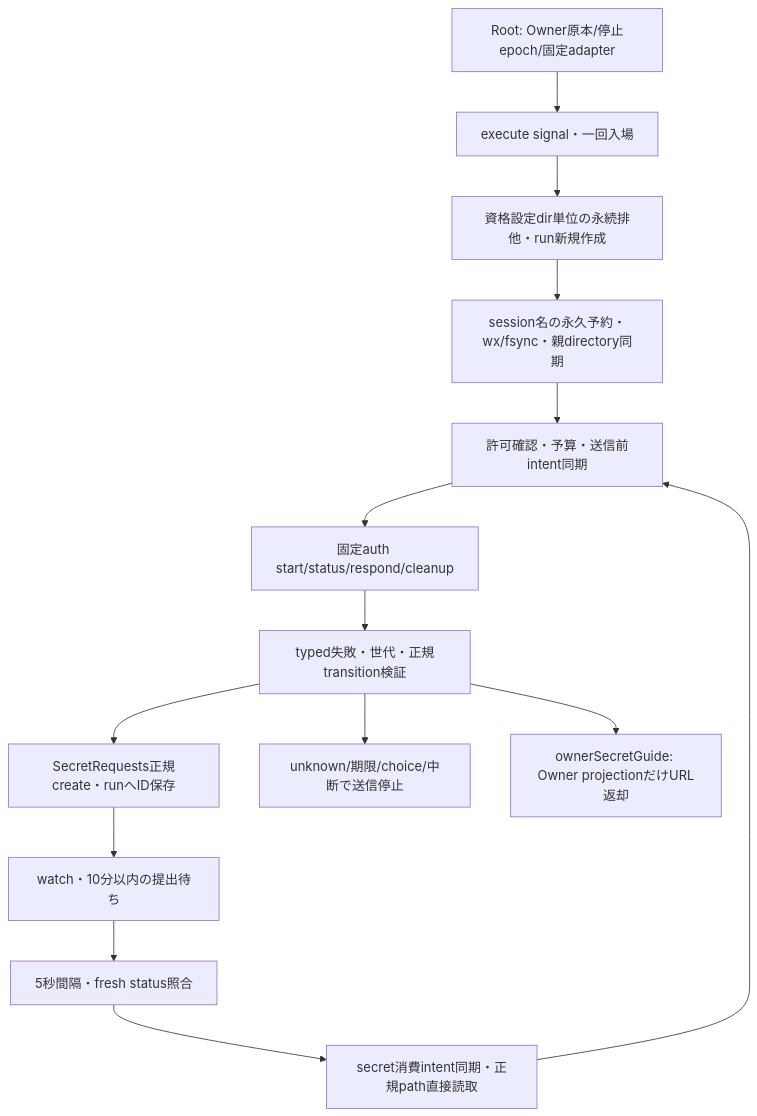
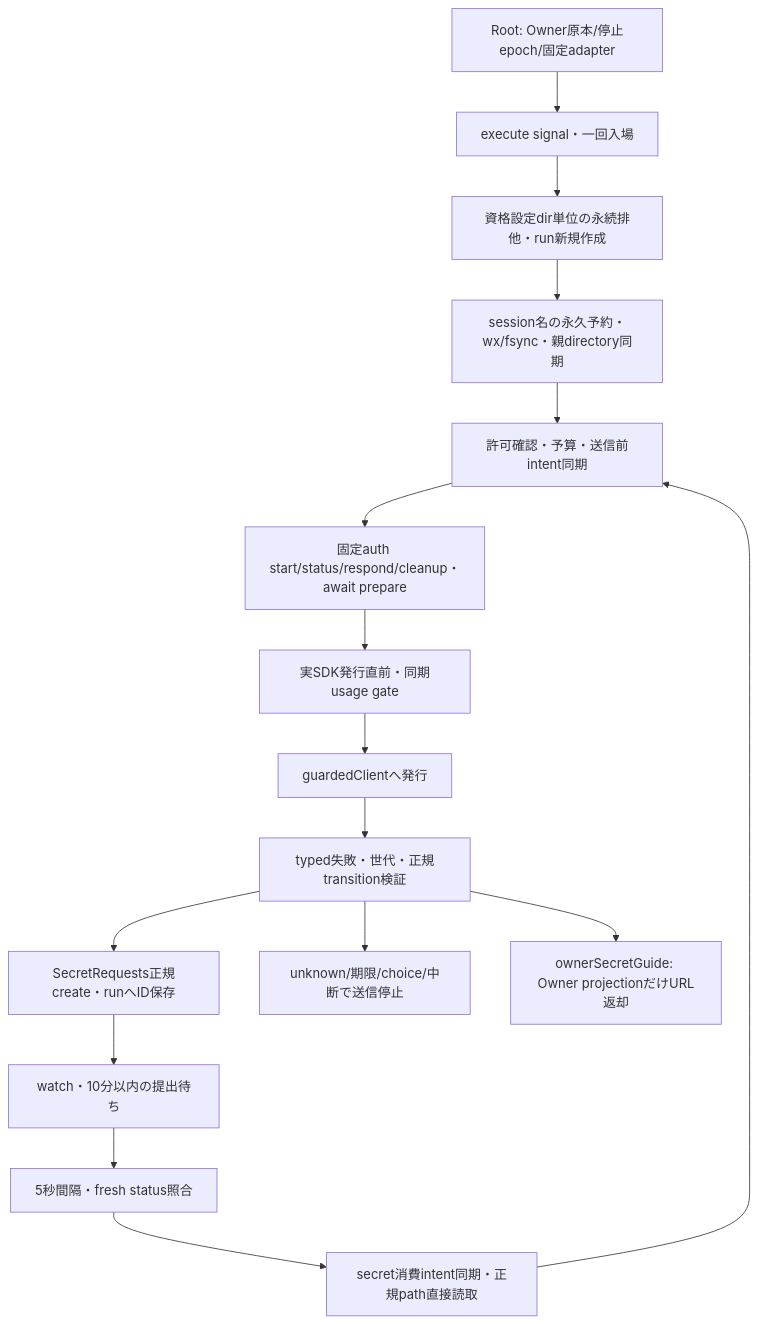
Before and after one commit to kitepon/BellTeam: the diagram in docs/architecture/modules/usage/olrw-auth.md, drawn with Mermaid. The commit also changed other lines of this file and 2 other files, not shown here.

Commit message:
fix: pass usage deadline gate to final auth issue

````diff
--- a/docs/architecture/modules/usage/olrw-auth.md
+++ b/docs/architecture/modules/usage/olrw-auth.md
@@ -5,16 +5,18 @@
 ```mermaid
 flowchart TD
   Root[Root: Owner原本/停止epoch/固定adapter] --> Execute[execute signal・一回入場]
   Execute --> Lock[資格設定dir単位の永続排他・run新規作成]
   Lock --> Reserve[session名の永久予約・wx/fsync・親directory同期]
   Reserve --> Intent[許可確認・予算・送信前intent同期]
-  Intent --> Native[固定auth start/status/respond/cleanup]
-  Native --> Check[typed失敗・世代・正規transition検証]
+  Intent --> Native[固定auth start/status/respond/cleanup・await prepare]
+  Native --> Gate[実SDK発行直前・同期usage gate]
+  Gate --> SDK[guardedClientへ発行]
+  SDK --> Check[typed失敗・世代・正規transition検証]
   Check --> Request[SecretRequests正規create・runへID保存]
   Request --> Wait[watch・10分以内の提出待ち]
   Wait --> Fresh[5秒間隔・fresh status照合]
   Fresh --> Claim[secret消費intent同期・正規path直接読取]
   Claim --> Intent
   Check --> Stop[unknown/期限/choice/中断で送信停止]
   Check --> Guide[ownerSecretGuide: Owner projectionだけURL返却]
 ```
````
